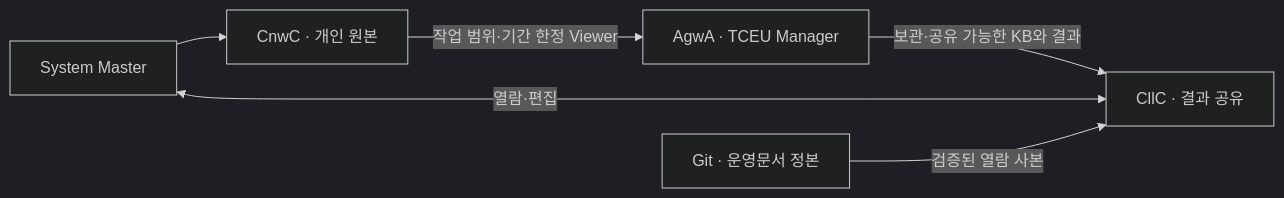
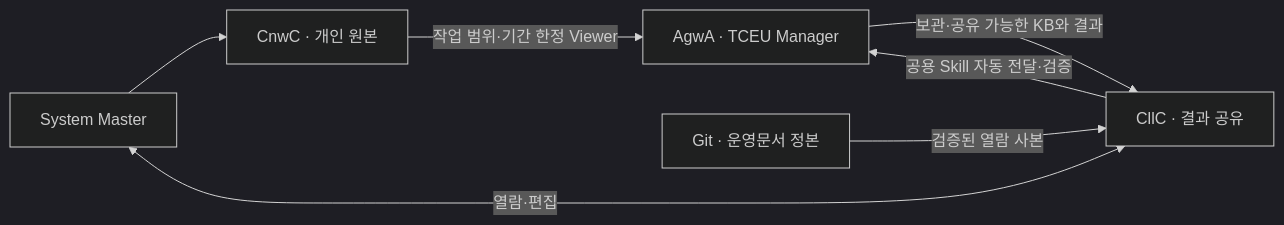
Before and after one commit to coolwindjo/AX-Consulting-Agent-Framework: the diagram in 04-Field-Cases/TCEU/tceu-two-pc-agent-integration-runbook.md, drawn with Mermaid (dark theme). The commit also changed other lines of this file and 2 other files, not shown here.

First line of the commit message:
docs(tceu): define save-to-use shared skill delivery

````diff
--- a/04-Field-Cases/TCEU/tceu-two-pc-agent-integration-runbook.md
+++ b/04-Field-Cases/TCEU/tceu-two-pc-agent-integration-runbook.md
@@ -30,8 +30,9 @@
 ```mermaid
 flowchart LR
     M["System Master"] --> C["CnwC · 개인 원본"]
     C -->|"작업 범위·기간 한정 Viewer"| A["AgwA · TCEU Manager"]
     A -->|"보관·공유 가능한 KB와 결과"| L["CllC · 결과 공유"]
     M <-->|"열람·편집"| L
+    L -->|"공용 Skill 자동 전달·검증"| A
     G["Git · 운영문서 정본"] -->|"검증된 열람 사본"| L
 ```
````
